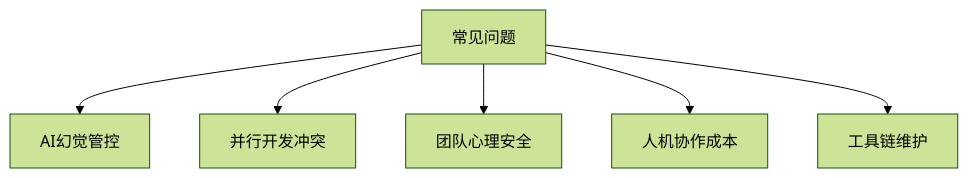
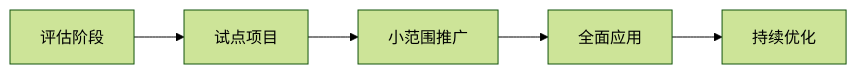
One commit to imleoo/claude-code-in-teams changed the second of 2 diagrams in part5/chapter12.md. Above: the diagram before and after it, drawn with Mermaid (forest theme). The commit also changed other lines of this file and 2 other files, not shown here.

````diff
--- a/part5/chapter12.md
+++ b/part5/chapter12.md
@@ -19,8 +87,7 @@
 ```mermaid
-graph TD
-    A[常见问题] --> B[AI幻觉管控];
-    A --> C[并行开发冲突];
-    A --> D[团队心理安全];
-    A --> E[人机协作成本];
-    A --> F[工具链维护];
+graph LR
+    A[评估阶段] --> B[试点项目]
+    B --> C[小范围推广]
+    C --> D[全面应用]
+    D --> E[持续优化]
 ```
````
